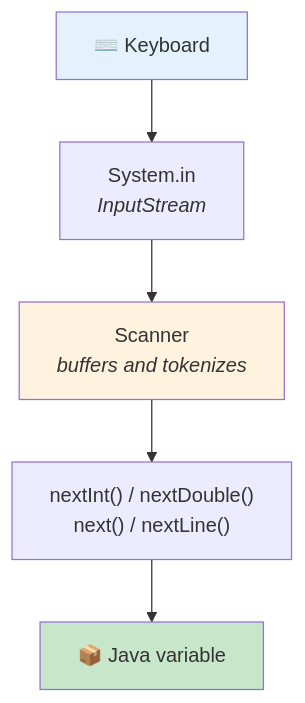
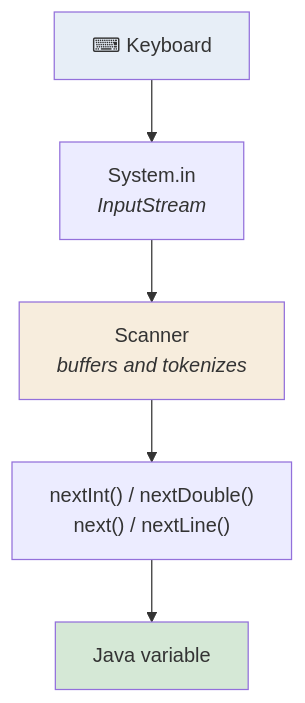
Before and after one commit to kundankumarsharma56/Leaning-Java: the diagram in src/Theory/02-Data-Types-and-Variables/07-Reading-Data-From-Keyboard.md, drawn with Mermaid. The commit also changed other lines of this file and 84 other files, not shown here.

````diff
--- a/src/Theory/02-Data-Types-and-Variables/07-Reading-Data-From-Keyboard.md
+++ b/src/Theory/02-Data-Types-and-Variables/07-Reading-Data-From-Keyboard.md
@@ -28,10 +28,10 @@
 ```mermaid
 flowchart TD
-    K["⌨️ Keyboard"] --> SI["System.in<br/><i>InputStream</i>"]
+    K["⌨ Keyboard"] --> SI["System.in<br/><i>InputStream</i>"]
     SI --> SC["Scanner<br/><i>buffers and tokenizes</i>"]
     SC --> M["nextInt() / nextDouble()<br/>next() / nextLine()"]
-    M --> V["📦 Java variable"]
-    style K fill:#e3f2fd
-    style SC fill:#fff3e0
-    style V fill:#c8e6c9
+    M --> V["Java variable"]
+    style K fill:#e7eef7
+    style SC fill:#f7eddd
+    style V fill:#d5e8d6
 ```
````
